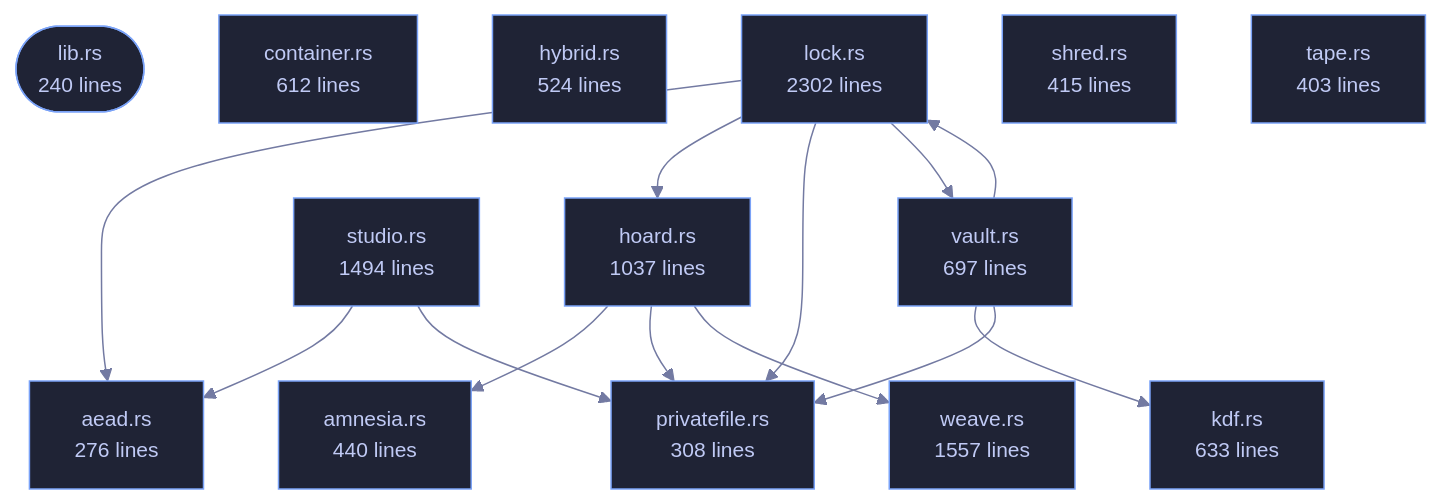
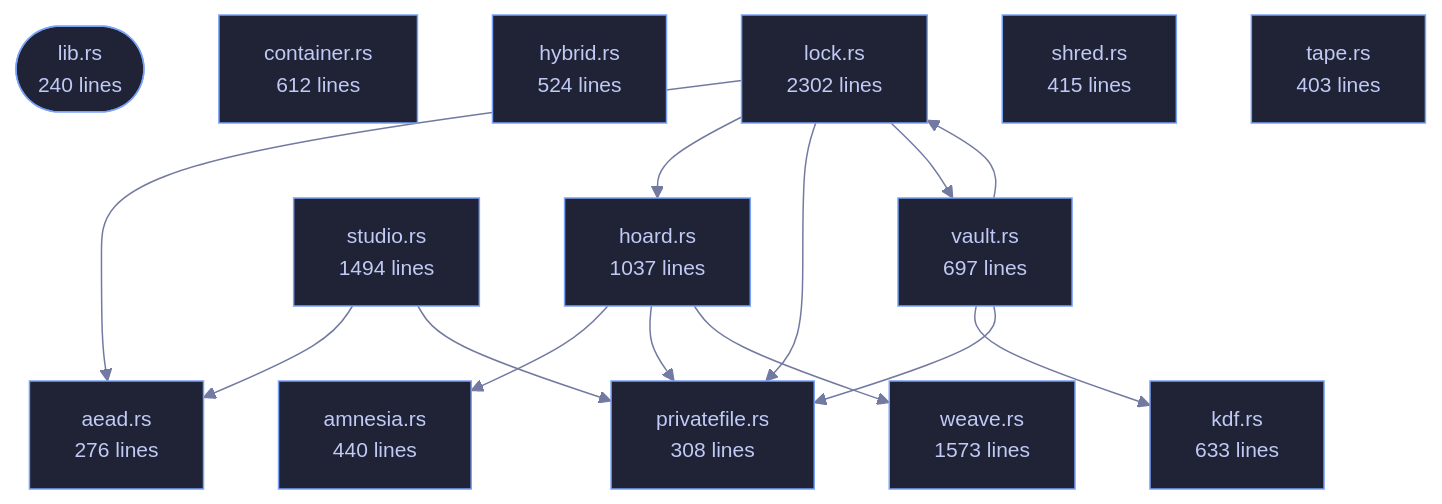
The diagram in wiki/Crate-veilvoice-crypto.md (tilas01/veilvoice), drawn with Mermaid before and after one commit. The commit also changed other lines of this file and 26 other files, not shown here.

````diff
--- a/wiki/Crate-veilvoice-crypto.md
+++ b/wiki/Crate-veilvoice-crypto.md
@@ -95,44 +95,44 @@
 ```mermaid
 %%{init: {"theme":"base","themeVariables":{"background":"#1a1b26","primaryColor":"#1f2335","primaryTextColor":"#c0caf5","primaryBorderColor":"#7aa2f7","secondaryColor":"#16161e","tertiaryColor":"#16161e","lineColor":"#737aa2","textColor":"#c0caf5","mainBkg":"#1f2335","nodeBorder":"#7aa2f7","clusterBkg":"#16161e","clusterBorder":"#2f3549","fontFamily":"ui-monospace, SFMono-Regular, Consolas, monospace","fontSize":"14px"}}}%%
 flowchart TD
     n_lib(["lib.rs<br/>240 lines"])
     n_aead["aead.rs<br/>276 lines"]
     n_amnesia["amnesia.rs<br/>440 lines"]
     n_container["container.rs<br/>612 lines"]
     n_hoard["hoard.rs<br/>1037 lines"]
     n_hybrid["hybrid.rs<br/>524 lines"]
     n_kdf["kdf.rs<br/>633 lines"]
     n_lock["lock.rs<br/>2302 lines"]
     n_privatefile["privatefile.rs<br/>308 lines"]
     n_shred["shred.rs<br/>415 lines"]
     n_studio["studio.rs<br/>1494 lines"]
     n_tape["tape.rs<br/>403 lines"]
     n_vault["vault.rs<br/>697 lines"]
-    n_weave["weave.rs<br/>1557 lines"]
+    n_weave["weave.rs<br/>1573 lines"]
     n_hoard --> n_amnesia
     n_hoard --> n_privatefile
     n_hoard --> n_weave
     n_lock --> n_aead
     n_lock --> n_hoard
     n_lock --> n_privatefile
     n_lock --> n_vault
     n_studio --> n_aead
     n_studio --> n_privatefile
     n_vault --> n_kdf
     n_vault --> n_lock
     n_vault --> n_privatefile
     click n_lib href "https://github.com/tilas01/veilvoice/blob/main/crates/veilvoice-crypto/src/lib.rs" "open the source"
     click n_aead href "https://github.com/tilas01/veilvoice/blob/main/crates/veilvoice-crypto/src/aead.rs" "open the source"
     click n_amnesia href "https://github.com/tilas01/veilvoice/blob/main/crates/veilvoice-crypto/src/amnesia.rs" "open the source"
     click n_container href "https://github.com/tilas01/veilvoice/blob/main/crates/veilvoice-crypto/src/container.rs" "open the source"
     click n_hoard href "https://github.com/tilas01/veilvoice/blob/main/crates/veilvoice-crypto/src/hoard.rs" "open the source"
     click n_hybrid href "https://github.com/tilas01/veilvoice/blob/main/crates/veilvoice-crypto/src/hybrid.rs" "open the source"
     click n_kdf href "https://github.com/tilas01/veilvoice/blob/main/crates/veilvoice-crypto/src/kdf.rs" "open the source"
     click n_lock href "https://github.com/tilas01/veilvoice/blob/main/crates/veilvoice-crypto/src/lock.rs" "open the source"
     click n_privatefile href "https://github.com/tilas01/veilvoice/blob/main/crates/veilvoice-crypto/src/privatefile.rs" "open the source"
     click n_shred href "https://github.com/tilas01/veilvoice/blob/main/crates/veilvoice-crypto/src/shred.rs" "open the source"
     click n_studio href "https://github.com/tilas01/veilvoice/blob/main/crates/veilvoice-crypto/src/studio.rs" "open the source"
     click n_tape href "https://github.com/tilas01/veilvoice/blob/main/crates/veilvoice-crypto/src/tape.rs" "open the source"
     click n_vault href "https://github.com/tilas01/veilvoice/blob/main/crates/veilvoice-crypto/src/vault.rs" "open the source"
     click n_weave href "https://github.com/tilas01/veilvoice/blob/main/crates/veilvoice-crypto/src/weave.rs" "open the source"
 ```
````
